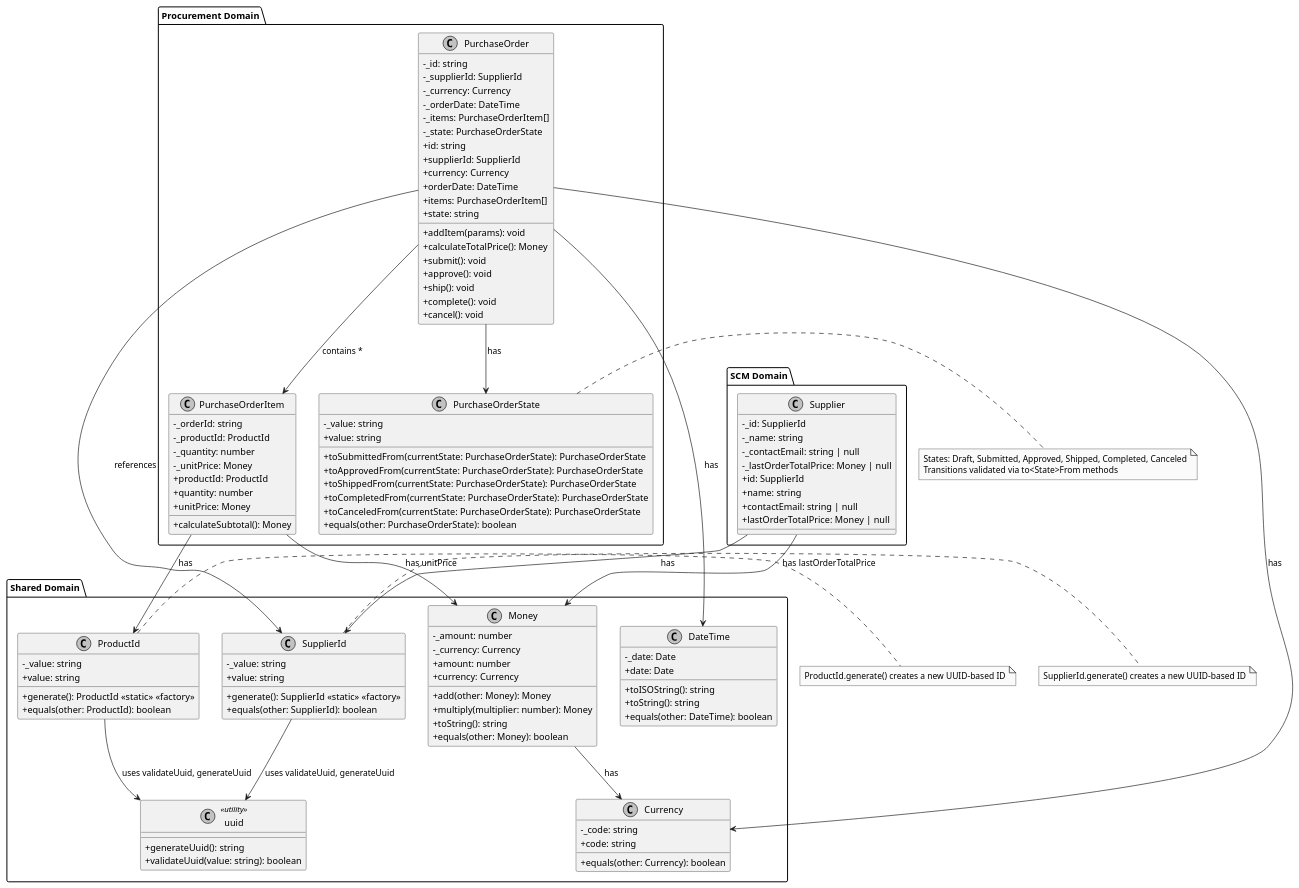
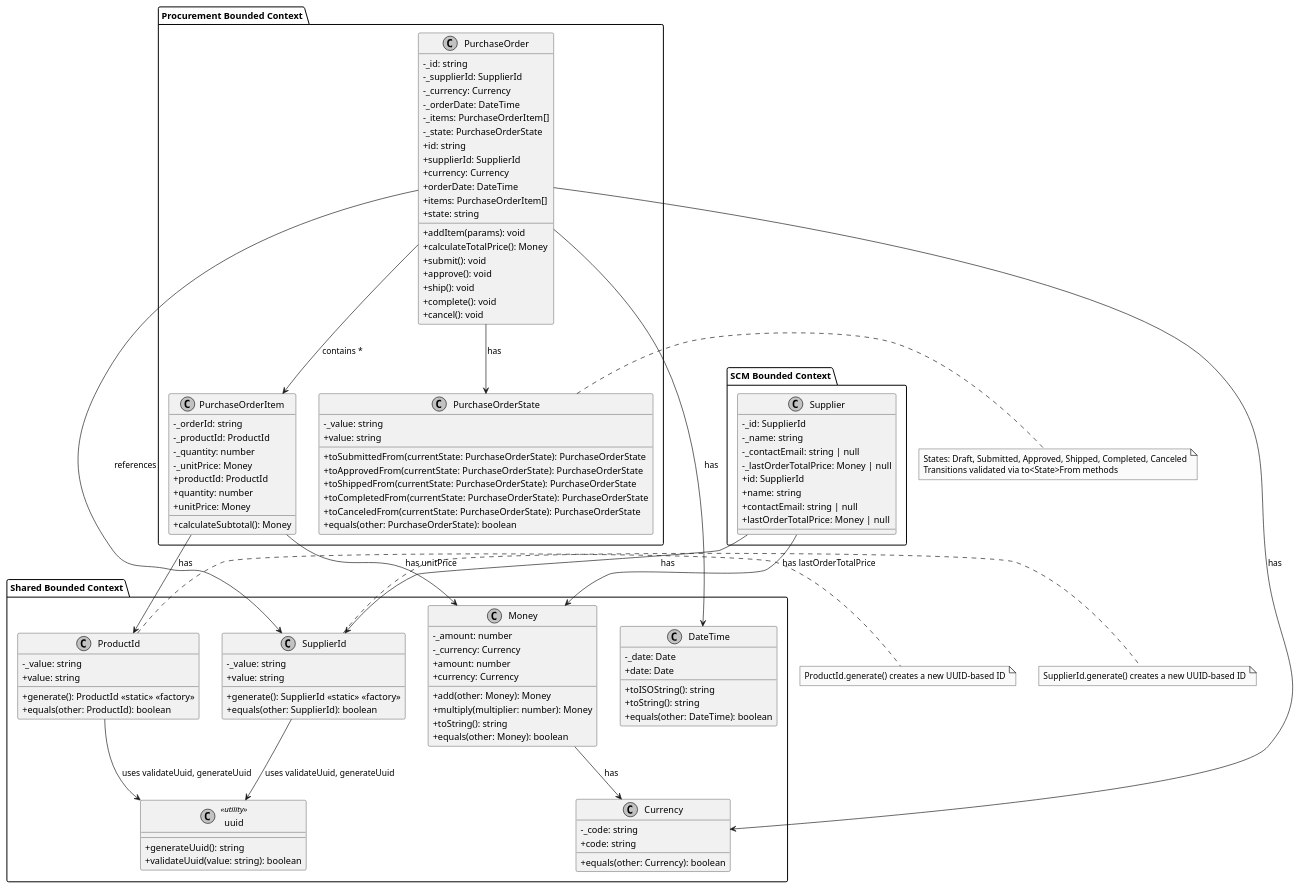
Before and after one commit to upc-pre-202620-1asi0730-8084/javascript-review: the diagram in docs/class-diagram.puml, drawn with PlantUML.

Commit message:
docs: update grouping names in class diagram.

```diff
--- a/docs/class-diagram.puml
+++ b/docs/class-diagram.puml
@@ -1,141 +1,141 @@
 @startuml
 skinparam monochrome true
 skinparam classAttributeIconSize 0
 skinparam padding 1
 
-' Shared Domain
-package "Shared Domain" {
+' Shared Bounded Context
+package "Shared Bounded Context" {
   class SupplierId {
     -_value: string
     +generate(): SupplierId <<static>> <<factory>>
     +value: string
     +equals(other: SupplierId): boolean
   }
 
   class ProductId {
     -_value: string
     +generate(): ProductId <<static>> <<factory>>
     +value: string
     +equals(other: ProductId): boolean
   }
 
   class Currency {
     -_code: string
     +code: string
     +equals(other: Currency): boolean
   }
 
   class Money {
     -_amount: number
     -_currency: Currency
     +amount: number
     +currency: Currency
     +add(other: Money): Money
     +multiply(multiplier: number): Money
     +toString(): string
     +equals(other: Money): boolean
   }
 
   class DateTime {
     -_date: Date
     +date: Date
     +toISOString(): string
     +toString(): string
     +equals(other: DateTime): boolean
   }
 
   class "uuid" <<utility>> {
     +generateUuid(): string
     +validateUuid(value: string): boolean
   }
 }
 
-' SCM Domain
-package "SCM Domain" {
+' SCM Bounded Context
+package "SCM Bounded Context" {
   class Supplier {
     -_id: SupplierId
     -_name: string
     -_contactEmail: string | null
     -_lastOrderTotalPrice: Money | null
     +id: SupplierId
     +name: string
     +contactEmail: string | null
     +lastOrderTotalPrice: Money | null
   }
 }
 
-' Procurement Domain
-package "Procurement Domain" {
+' Procurement Bounded Context
+package "Procurement Bounded Context" {
   class PurchaseOrder {
     -_id: string
     -_supplierId: SupplierId
     -_currency: Currency
     -_orderDate: DateTime
     -_items: PurchaseOrderItem[]
     -_state: PurchaseOrderState
     +id: string
     +supplierId: SupplierId
     +currency: Currency
     +orderDate: DateTime
     +items: PurchaseOrderItem[]
     +state: string
     +addItem(params): void
     +calculateTotalPrice(): Money
     +submit(): void
     +approve(): void
     +ship(): void
     +complete(): void
     +cancel(): void
   }
 
   class PurchaseOrderItem {
     -_orderId: string
     -_productId: ProductId
     -_quantity: number
     -_unitPrice: Money
     +productId: ProductId
     +quantity: number
     +unitPrice: Money
     +calculateSubtotal(): Money
   }
 
   class PurchaseOrderState {
     -_value: string
     +value: string
     +toSubmittedFrom(currentState: PurchaseOrderState): PurchaseOrderState
     +toApprovedFrom(currentState: PurchaseOrderState): PurchaseOrderState
     +toShippedFrom(currentState: PurchaseOrderState): PurchaseOrderState
     +toCompletedFrom(currentState: PurchaseOrderState): PurchaseOrderState
     +toCanceledFrom(currentState: PurchaseOrderState): PurchaseOrderState
     +equals(other: PurchaseOrderState): boolean
   }
 }
 
 ' Relationships
 SupplierId -down-> "uuid" : uses validateUuid, generateUuid
 ProductId -down-> "uuid" : uses validateUuid, generateUuid
 PurchaseOrder -down-> PurchaseOrderState : has
 Supplier -down-> SupplierId : has
 Supplier -down-> Money : has lastOrderTotalPrice
 PurchaseOrder -down-> SupplierId : references
 PurchaseOrder -down-> Currency : has
 PurchaseOrder -down-> DateTime : has
 PurchaseOrder -down-> PurchaseOrderItem : contains *
 PurchaseOrderItem -down-> ProductId : has
 PurchaseOrderItem -down-> Money : has unitPrice
 Money -down-> Currency : has
 
 note right of SupplierId
   SupplierId.generate() creates a new UUID-based ID
 end note
 
 note right of ProductId
   ProductId.generate() creates a new UUID-based ID
 end note
 
 note right of PurchaseOrderState
   States: Draft, Submitted, Approved, Shipped, Completed, Canceled
   Transitions validated via to<State>From methods
 end note
 
 @enduml
```
